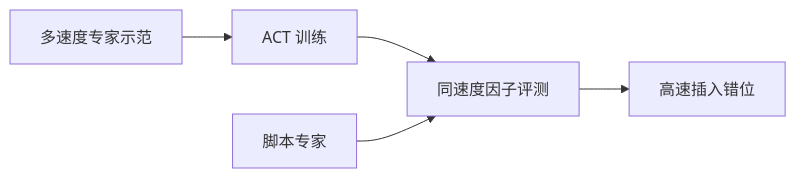
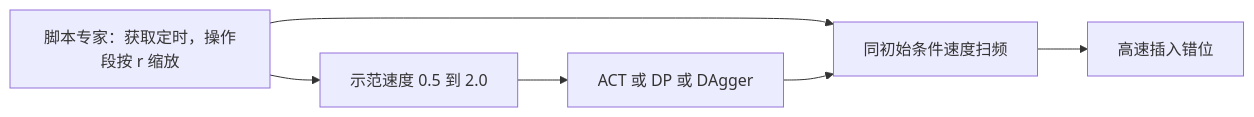
Before and after one commit to ImChong/Robotics_Notebooks: the first of 2 diagrams in wiki/entities/paper-parcelstow.md, drawn with Mermaid. The commit also changed other lines of this file and 32 other files, not shown here.

````diff
--- a/wiki/entities/paper-parcelstow.md
+++ b/wiki/entities/paper-parcelstow.md
@@ -61,7 +67,8 @@
 ```mermaid
 flowchart LR
-  demo[多速度专家示范] --> train[ACT 训练]
-  train --> eval[同速度因子评测]
-  expert[脚本专家] --> eval
+  expert[脚本专家：获取定时，操作段按 r 缩放] --> demos[示范速度 0.5 到 2.0]
+  demos --> act[ACT 或 DP 或 DAgger]
+  expert --> eval[同初始条件速度扫频]
+  act --> eval
   eval --> fail[高速插入错位]
 ```
````
